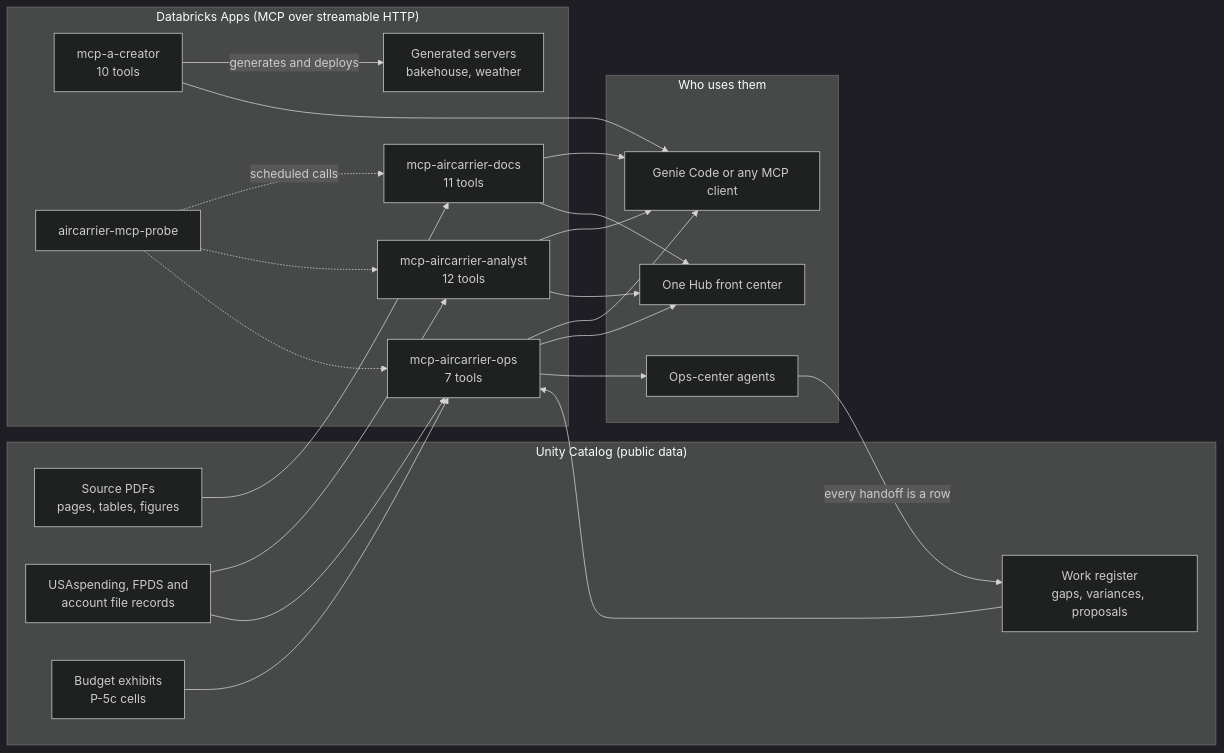
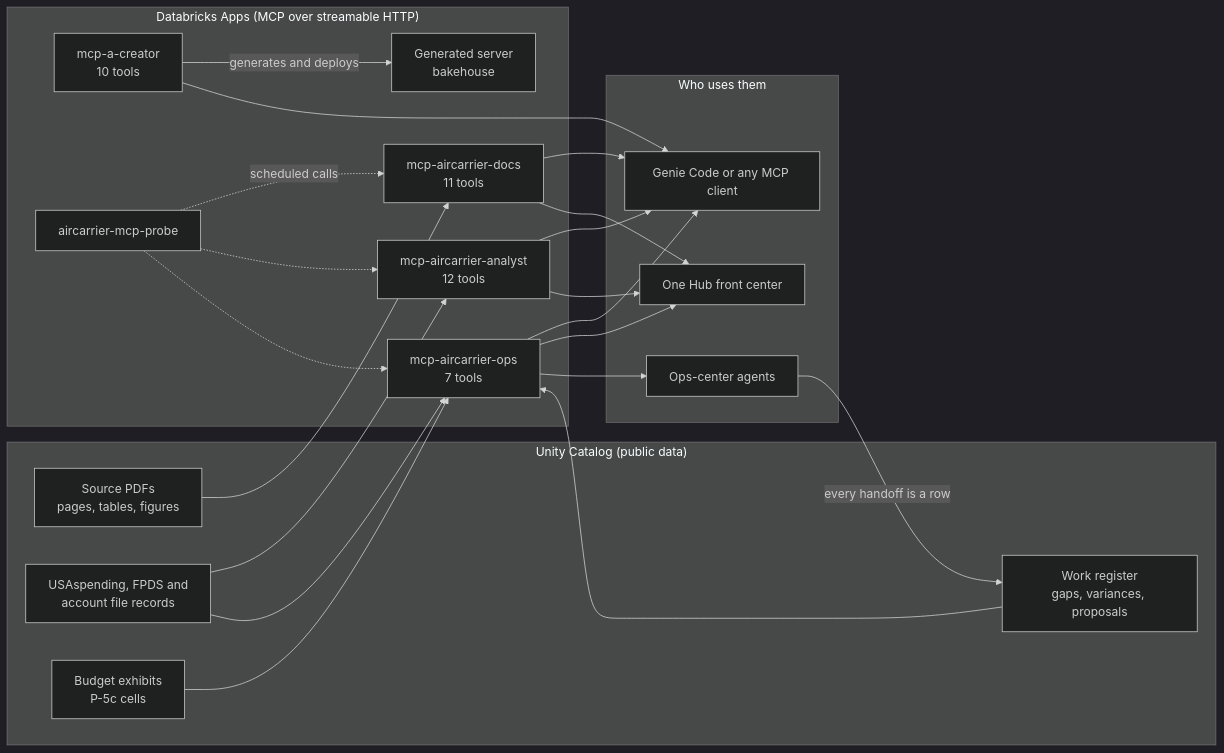
One commit to gsa-mcp-hackathon/gsa-hackathon-mcp-creator-and-agent-for-air-carrier changed the second of 2 diagrams in README.md. Above: the diagram before and after it, drawn with Mermaid (dark theme). The commit also changed other lines of this file and 59 other files, not shown here.

First line of the commit message:
Remove the generated weather server (mcp-weather)

````diff
--- a/README.md
+++ b/README.md
@@ -470,40 +468,40 @@
 ```mermaid
 flowchart LR
   subgraph Data["Unity Catalog (public data)"]
     PDF[Source PDFs<br/>pages, tables, figures]
     TX[USAspending, FPDS and<br/>account file records]
     EX[Budget exhibits<br/>P-5c cells]
     WR[Work register<br/>gaps, variances, proposals]
   end
   subgraph Apps["Databricks Apps (MCP over streamable HTTP)"]
     CR[mcp-a-creator<br/>10 tools]
     DOC[mcp-aircarrier-docs<br/>11 tools]
     AN[mcp-aircarrier-analyst<br/>12 tools]
     OPS[mcp-aircarrier-ops<br/>7 tools]
-    GEN[Generated servers<br/>bakehouse, weather]
+    GEN[Generated server<br/>bakehouse]
     PR[aircarrier-mcp-probe]
   end
   subgraph Use["Who uses them"]
     GC[Genie Code or any MCP client]
     FC[One Hub front center]
     AG[Ops-center agents]
   end
   PDF --> DOC
   TX --> AN
   TX --> OPS
   EX --> OPS
   WR --> OPS
   CR -- generates and deploys --> GEN
   DOC --> GC
   AN --> GC
   OPS --> GC
   CR --> GC
   DOC --> FC
   AN --> FC
   OPS --> FC
   OPS --> AG
   AG -- every handoff is a row --> WR
   PR -. scheduled calls .-> DOC
   PR -.-> AN
   PR -.-> OPS
 ```
````
